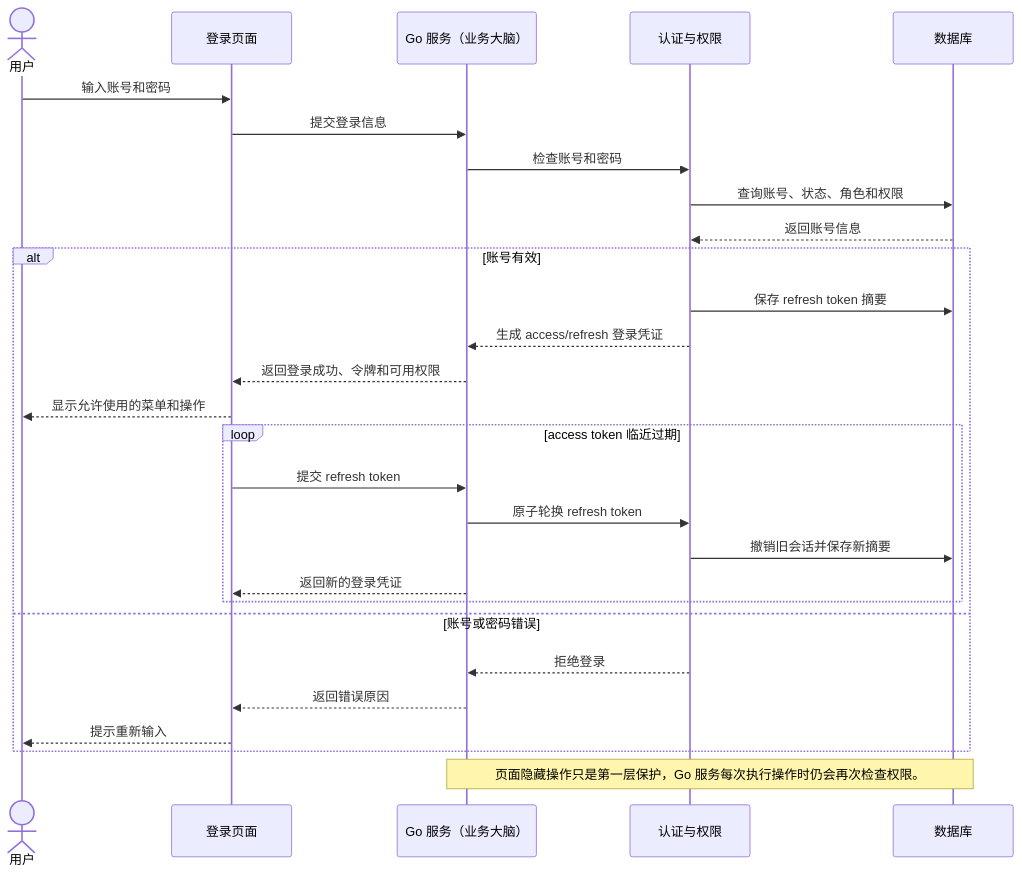
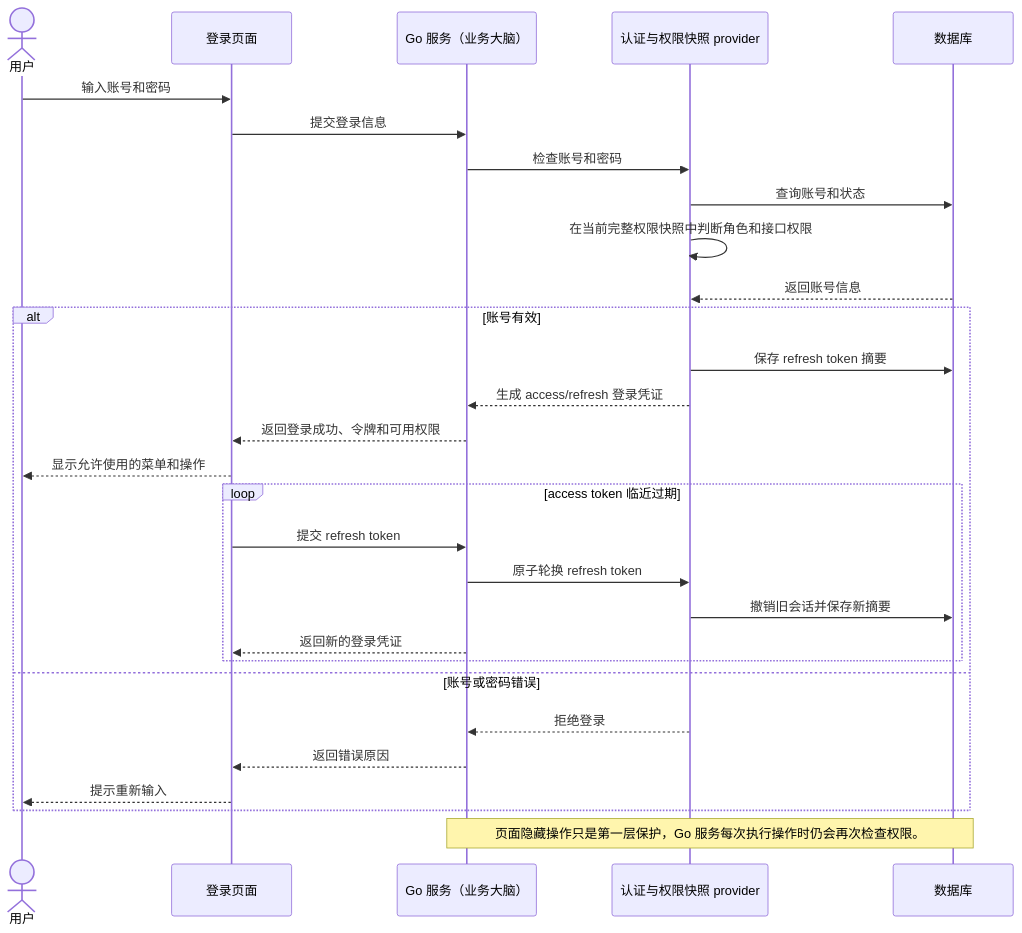
The second of 7 diagrams in docs/BACKEND_ARCHITECTURE.md (SilenceJR/bb_erp_echo), drawn with Mermaid before and after one commit. The commit also changed other lines of this file and 158 other files, not shown here.

```diff
--- a/docs/BACKEND_ARCHITECTURE.md
+++ b/docs/BACKEND_ARCHITECTURE.md
@@ -82,32 +95,33 @@
 ~~~mermaid
 sequenceDiagram
     actor user as 用户
     participant page as 登录页面
     participant api as Go 服务（业务大脑）
-    participant auth as 认证与权限
+    participant auth as 认证与权限快照 provider
     participant db as 数据库
 
     user->>page: 输入账号和密码
     page->>api: 提交登录信息
     api->>auth: 检查账号和密码
-    auth->>db: 查询账号、状态、角色和权限
+    auth->>db: 查询账号和状态
+    auth->>auth: 在当前完整权限快照中判断角色和接口权限
     db-->>auth: 返回账号信息
     alt 账号有效
         auth->>db: 保存 refresh token 摘要
         auth-->>api: 生成 access/refresh 登录凭证
         api-->>page: 返回登录成功、令牌和可用权限
         page-->>user: 显示允许使用的菜单和操作
         loop access token 临近过期
             page->>api: 提交 refresh token
             api->>auth: 原子轮换 refresh token
             auth->>db: 撤销旧会话并保存新摘要
             api-->>page: 返回新的登录凭证
         end
     else 账号或密码错误
         auth-->>api: 拒绝登录
         api-->>page: 返回错误原因
         page-->>user: 提示重新输入
     end
 
     Note over api,db: 页面隐藏操作只是第一层保护，Go 服务每次执行操作时仍会再次检查权限。
 ~~~
```
